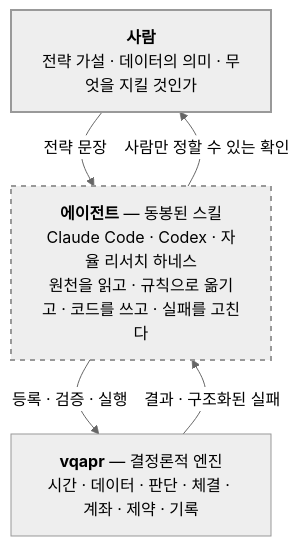
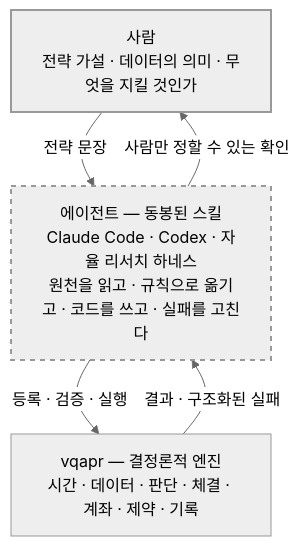
Before and after one commit to jaepil-choi/qlibx: the first of 3 diagrams in README-draft.md, drawn with Mermaid (neutral theme). The commit also changed other lines of this file, not shown here.

````diff
--- a/README-draft.md
+++ b/README-draft.md
@@ -73,16 +78,16 @@
 ```mermaid
 flowchart TB
-    H["<b>사람</b><br/>전략 가설 · 데이터의 의미 · 무엇을 지킬 것인가"]
-    A["<b>에이전트</b> — 동봉된 스킬<br/>Claude Code · Codex · 자율 리서치 하네스<br/>원천을 읽고 · 규칙으로 옮기고 · 코드를 쓰고 · 실패를 고친다"]
-    F["<b>vqapr</b> — 결정론적 엔진<br/>시간 · 데이터 · 판단 · 체결 · 계좌 · 제약 · 기록"]
+    H["사람<br/>전략 가설 · 데이터의 의미 · 무엇을 지킬 것인가"]
+    A["에이전트 — 동봉된 스킬<br/>Claude Code · Codex · 자율 리서치 하네스<br/>원천을 읽고 · 규칙으로 옮기고 · 코드를 쓰고 · 실패를 고친다"]
+    F["vqapr — 결정론적 엔진<br/>시간 · 데이터 · 판단 · 체결 · 계좌 · 제약 · 기록"]
 
     H -->|"전략 문장"| A
     A -->|"사람만 정할 수 있는 확인"| H
     A -->|"등록 · 검증 · 실행"| F
     F -->|"결과 · 구조화된 실패"| A
 
     classDef human stroke-width:2px
     classDef agent stroke-width:2px,stroke-dasharray:5 5
     class H human
     class A agent
 ```
````
